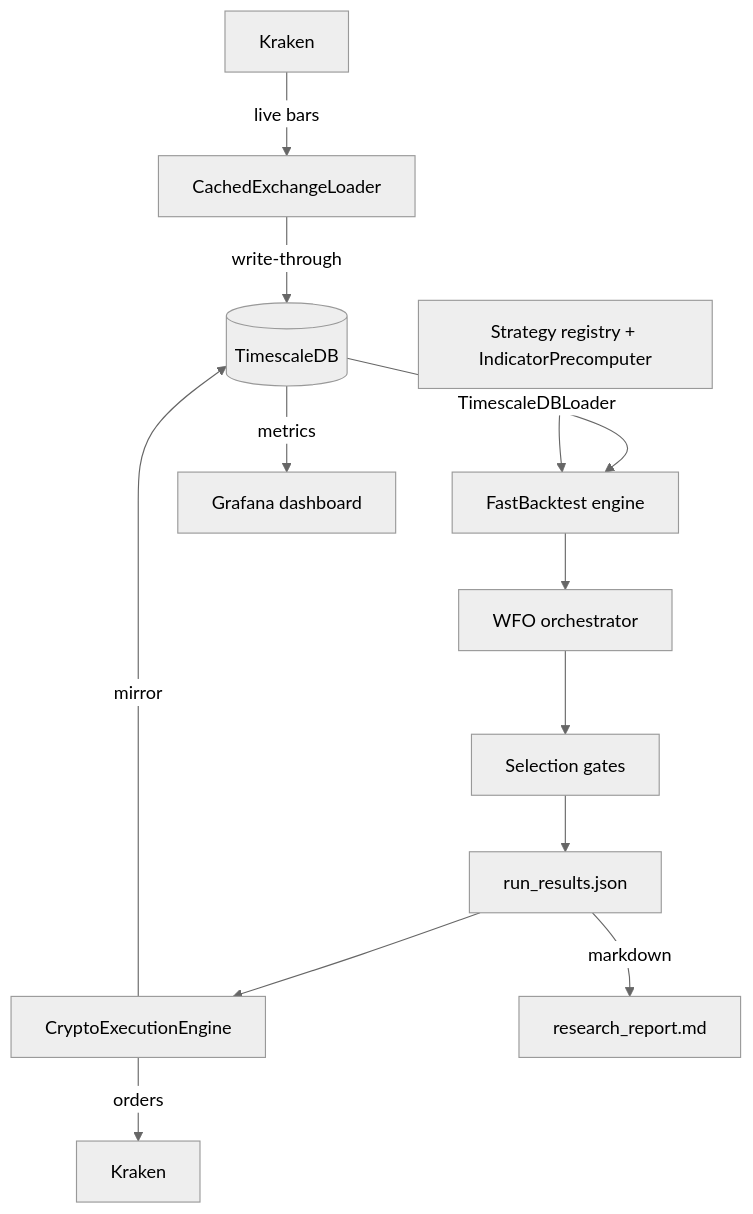
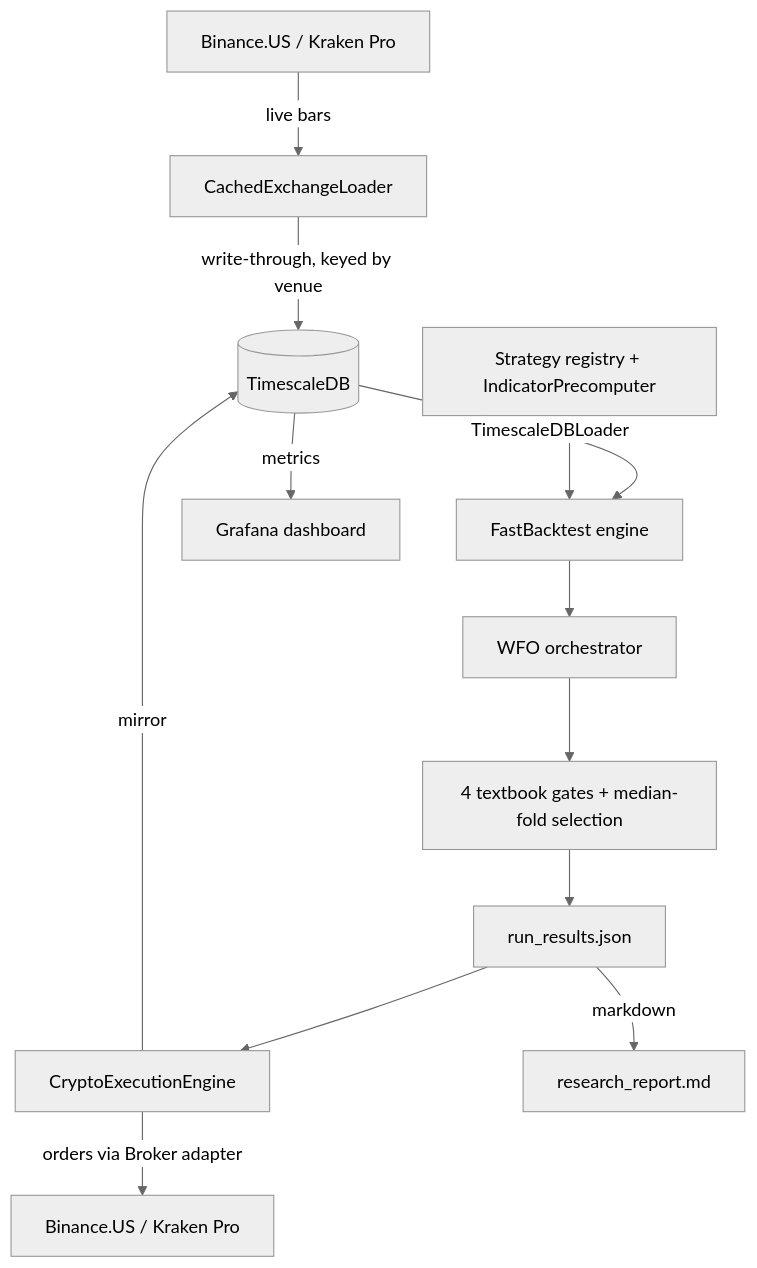
One commit to garykuepper/ggTrader changed the diagram in docs/architecture.md. Above: the diagram before and after it, drawn with Mermaid (neutral theme). The commit also changed other lines of this file and 8 other files, not shown here.

First line of the commit message:
docs: roadmap SSoT + TOCs + Binance.US reality

````diff
--- a/docs/architecture.md
+++ b/docs/architecture.md
@@ -69,15 +96,15 @@
 ```mermaid
 graph TD
-    A[Kraken] -->|live bars| B[CachedExchangeLoader]
-    B -->|write-through| C[(TimescaleDB)]
+    A[Binance.US / Kraken Pro] -->|live bars| B[CachedExchangeLoader]
+    B -->|write-through, keyed by venue| C[(TimescaleDB)]
     C -->|TimescaleDBLoader| D[FastBacktest engine]
     E[Strategy registry + IndicatorPrecomputer] --> D
     D --> F[WFO orchestrator]
-    F --> G[Selection gates]
+    F --> G[4 textbook gates + median-fold selection]
     G --> H[run_results.json]
     H --> I[CryptoExecutionEngine]
-    I -->|orders| J[Kraken]
+    I -->|orders via Broker adapter| J[Binance.US / Kraken Pro]
     I -->|mirror| C
     C -->|metrics| K[Grafana dashboard]
     H -->|markdown| L[research_report.md]
 ```
````
